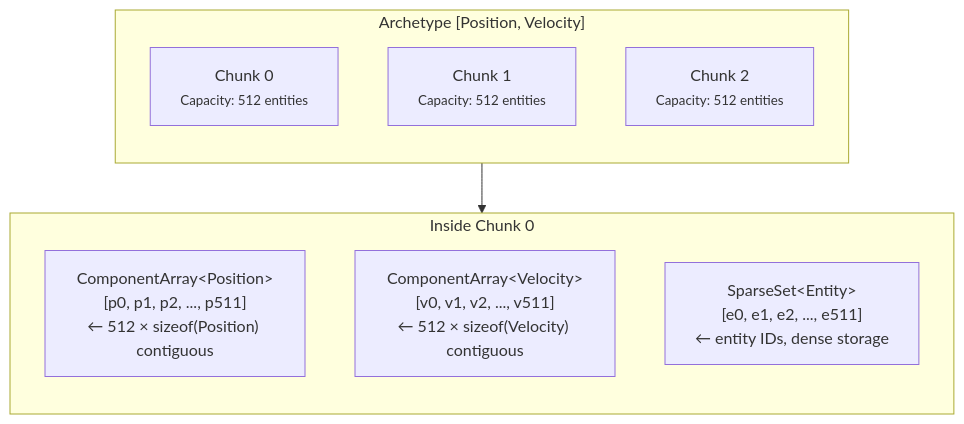
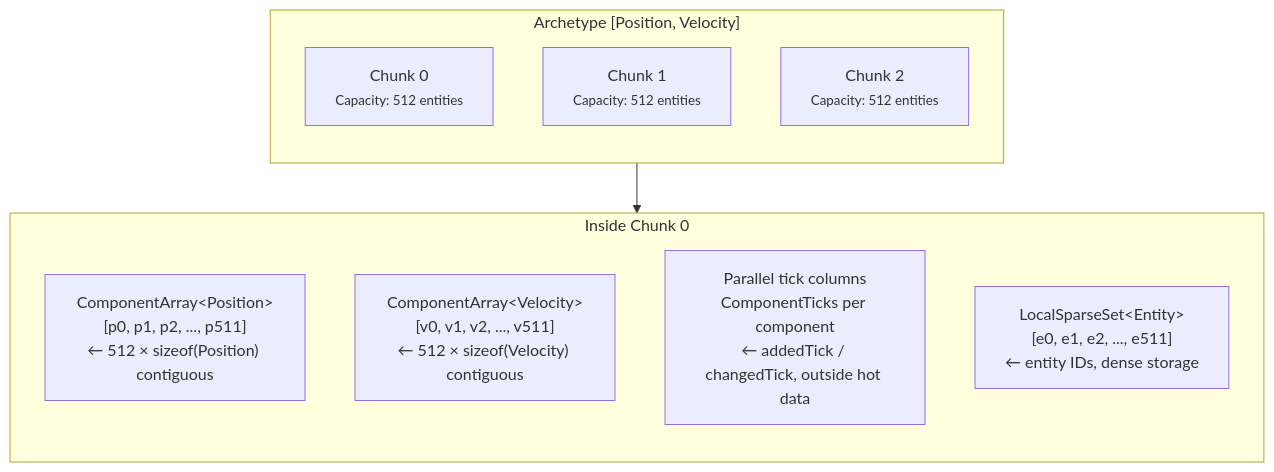
The first of 4 diagrams in docs/concepts/memory-layout.md (gilmar-sales/Freyr), drawn with Mermaid before and after one commit. The commit also changed other lines of this file and 20 other files, not shown here.

````diff
--- a/docs/concepts/memory-layout.md
+++ b/docs/concepts/memory-layout.md
@@ -31,19 +31,20 @@
 ```mermaid
 graph TB
     subgraph Archetype["Archetype [Position, Velocity]"]
         direction TB
         C0["Chunk 0<br/><small>Capacity: 512 entities</small>"]
         C1["Chunk 1<br/><small>Capacity: 512 entities</small>"]
         C2["Chunk 2<br/><small>Capacity: 512 entities</small>"]
     end
 
     subgraph ChunkDetail["Inside Chunk 0"]
         direction TB
         POS["ComponentArray&lt;Position&gt;<br/>[p0, p1, p2, ..., p511]<br/>← 512 × sizeof(Position) contiguous"]
         VEL["ComponentArray&lt;Velocity&gt;<br/>[v0, v1, v2, ..., v511]<br/>← 512 × sizeof(Velocity) contiguous"]
-        ENT["SparseSet&lt;Entity&gt;<br/>[e0, e1, e2, ..., e511]<br/>← entity IDs, dense storage"]
+        TICK["Parallel tick columns<br/>ComponentTicks per component<br/>← addedTick / changedTick, outside hot data"]
+        ENT["LocalSparseSet&lt;Entity&gt;<br/>[e0, e1, e2, ..., e511]<br/>← entity IDs, dense storage"]
     end
 
     C0 --> ChunkDetail
 
 ```
````
